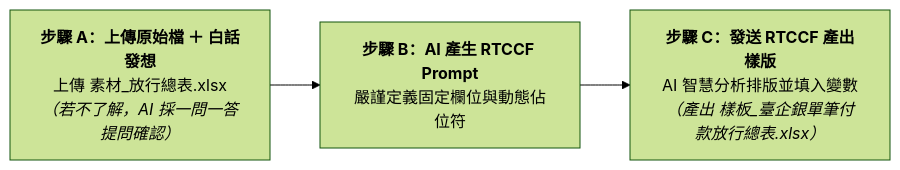
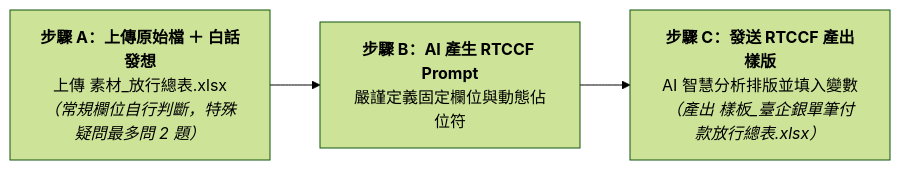
Before and after one commit to roberthsu2003/workflow-productivity: the diagram in 常見的AI應用/實戰範例/出納付款審核與銀行放行總表自動化/7-1_白話自然語言發想提示詞.md, drawn with Mermaid (forest theme). The commit also changed other lines of this file, not shown here.

````diff
--- a/常見的AI應用/實戰範例/出納付款審核與銀行放行總表自動化/7-1_白話自然語言發想提示詞.md
+++ b/常見的AI應用/實戰範例/出納付款審核與銀行放行總表自動化/7-1_白話自然語言發想提示詞.md
@@ -10,5 +10,5 @@
 ```mermaid
 flowchart LR
-    StepA["<b>步驟 A：上傳原始檔 ＋ 白話發想</b><br/>上傳 素材_放行總表.xlsx<br/><i>（若不了解，AI 採一問一答提問確認）</i>"] --> StepB["<b>步驟 B：AI 產生 RTCCF Prompt</b><br/>嚴謹定義固定欄位與動態佔位符"]
+    StepA["<b>步驟 A：上傳原始檔 ＋ 白話發想</b><br/>上傳 素材_放行總表.xlsx<br/><i>（常規欄位自行判斷，特殊疑問最多問 2 題）</i>"] --> StepB["<b>步驟 B：AI 產生 RTCCF Prompt</b><br/>嚴謹定義固定欄位與動態佔位符"]
     StepB --> StepC["<b>步驟 C：發送 RTCCF 產出樣版</b><br/>AI 智慧分析排版並填入變數<br/><i>（產出 樣板_臺企銀單筆付款放行總表.xlsx）</i>"]
 ```
````
